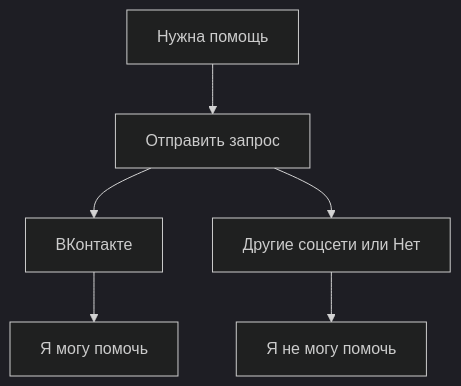
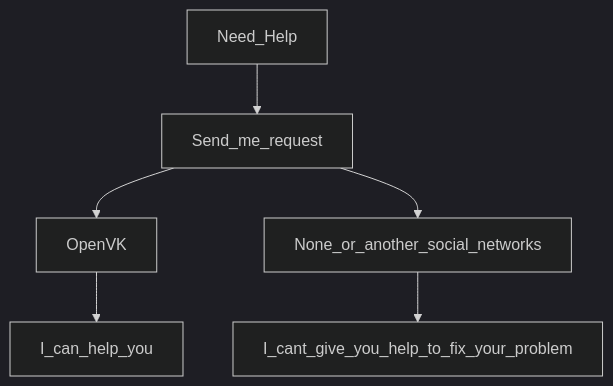
One commit to RobertoGol/RobertoGol changed the diagram in README.md. Above: the diagram before and after it, drawn with Mermaid (dark theme). The commit also changed other lines of this file, not shown here.

````diff
--- a/README.md
+++ b/README.md
@@ -36,8 +36,8 @@
 ```mermaid
 graph TD;
-    Need_Help["Нужна помощь"] --> Send_request["Отправить запрос"];
-    Send_request --> OpenVK["ВКонтакте"];
-    Send_request --> Others["Другие соцсети или Нет"];
-    Others --> NoHelp["Я не могу помочь"];
-    OpenVK --> Help["Я могу помочь"];
+    Need_Help --> Send_me_request;
+    Send_me_request --> OpenVK;
+    Send_me_request --> None_or_another_social_networks;
+    None_or_another_social_networks --> I_cant_give_you_help_to_fix_your_problem;
+    OpenVK --> I_can_help_you;
 ```
````
